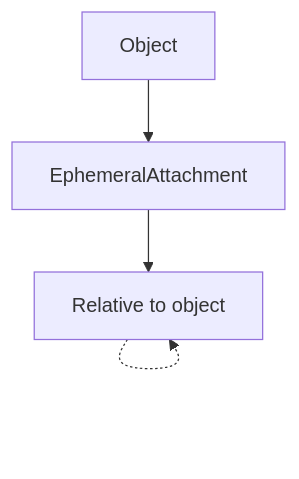
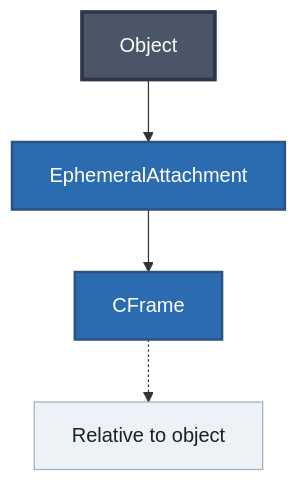
One commit to JuanCrakYT/RtG-Format changed diagram 12 of 12 in SPECIFICATION.md. Above: the diagram before and after it, drawn with Mermaid. The commit also changed other lines of this file and 1 other file, not shown here.

Commit message:
Starting Mermaid

````diff
--- a/SPECIFICATION.md
+++ b/SPECIFICATION.md
@@ -609,6 +716,14 @@
 ```mermaid
 flowchart TD
     A["Object"] --> B["EphemeralAttachment"]
     B --> C["CFrame"]
-    C -.-> C["Relative to object"]
+    C -.-> D["Relative to object"]
+
+    classDef root fill:#4a5568,color:#fff,stroke:#2d3748,stroke-width:3px;
+    classDef branch fill:#2b6cb0,color:#fff,stroke:#2c5282,stroke-width:2px;
+    classDef detail fill:#edf2f7,color:#1a202c,stroke:#a0aec0;
+
+    class A root;
+    class B,C branch;
+    class D detail;
 ```
````
